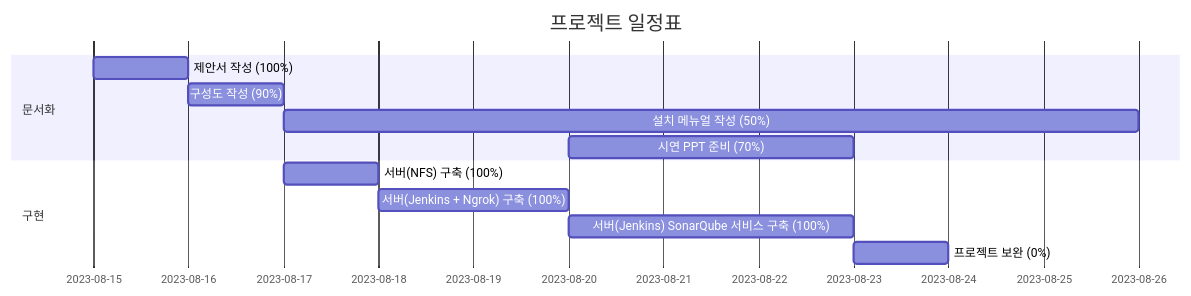
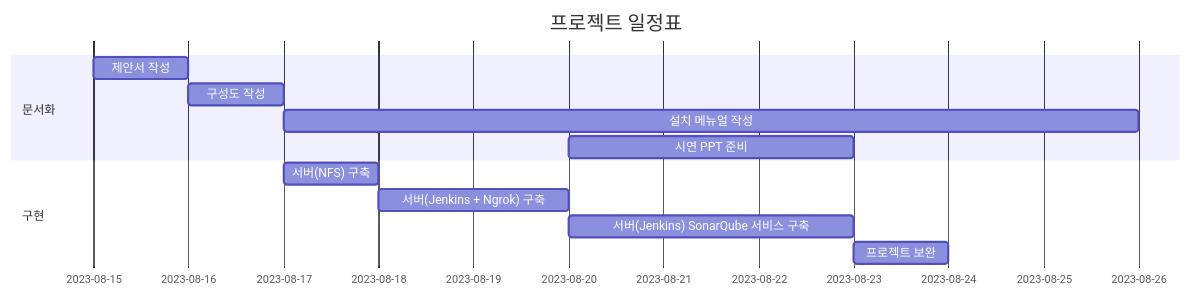
One commit to KimJeongHoon190/First_Project changed the diagram in README.md. Above: the diagram before and after it, drawn with Mermaid.

````diff
--- a/README.md
+++ b/README.md
@@ -3,17 +3,17 @@
 ```mermaid
 gantt
     title 프로젝트 일정표
     dateFormat  YYYY-MM-DD
     section 문서화
-    제안서 작성 (100%) : a1, 2023-08-15, 1d
-    구성도 작성 (90%) : after a1, 1d
-    설치 메뉴얼 작성 (50%): after a1, 2023-08-17, 9d
-    시연 PPT 준비 (70%): after a1, 2023-08-20, 3d
+    제안서 작성 : a1, 2023-08-15, 1d
+    구성도 작성 : after a1, 1d
+    설치 메뉴얼 작성 : after a1, 2023-08-17, 9d
+    시연 PPT 준비 : after a1, 2023-08-20, 3d
    
 
     section 구현
-    서버(NFS) 구축 (100%) : b1, 2023-08-17, 1d
-    서버(Jenkins + Ngrok) 구축 (100%):after b1, 2d
-    서버(Jenkins) SonarQube 서비스 구축 (100%): b3, 2023-08-20, 3d
-    프로젝트 보완 (0%): after b3, 1d
+    서버(NFS) 구축 : b1, 2023-08-17, 1d
+    서버(Jenkins + Ngrok) 구축 : after b1, 2d
+    서버(Jenkins) SonarQube 서비스 구축 : b3, 2023-08-20, 3d
+    프로젝트 보완 : after b3, 1d
 ```
````
